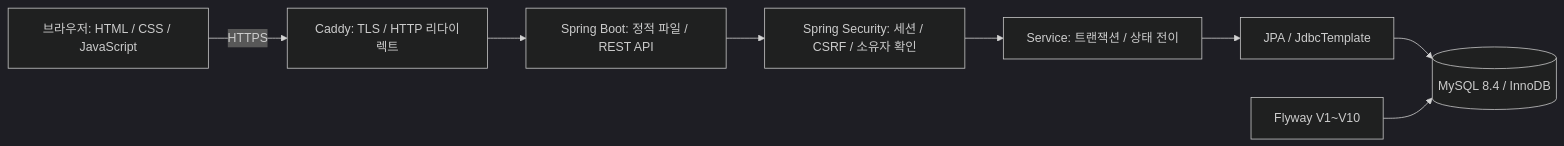
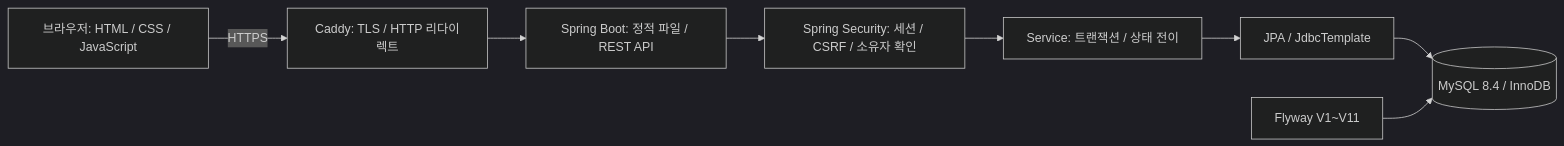
The first of 2 diagrams in docs/portfolio.md (zeroziba9-hash/order-stock-service), drawn with Mermaid (dark theme) before and after one commit. The commit also changed other lines of this file and 53 other files, not shown here.

````diff
--- a/docs/portfolio.md
+++ b/docs/portfolio.md
@@ -15,10 +15,10 @@
 ```mermaid
 flowchart LR
     Browser["브라우저: HTML / CSS / JavaScript"] -->|HTTPS| Caddy["Caddy: TLS / HTTP 리다이렉트"]
     Caddy --> App["Spring Boot: 정적 파일 / REST API"]
     App --> Security["Spring Security: 세션 / CSRF / 소유자 확인"]
     Security --> Service["Service: 트랜잭션 / 상태 전이"]
     Service --> Repository["JPA / JdbcTemplate"]
     Repository --> DB[("MySQL 8.4 / InnoDB")]
-    Flyway["Flyway V1~V10"] --> DB
+    Flyway["Flyway V1~V11"] --> DB
 ```
````
